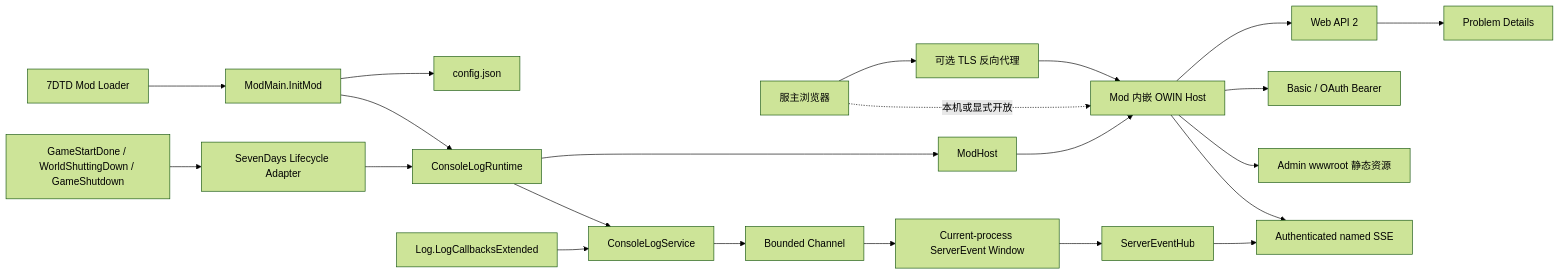
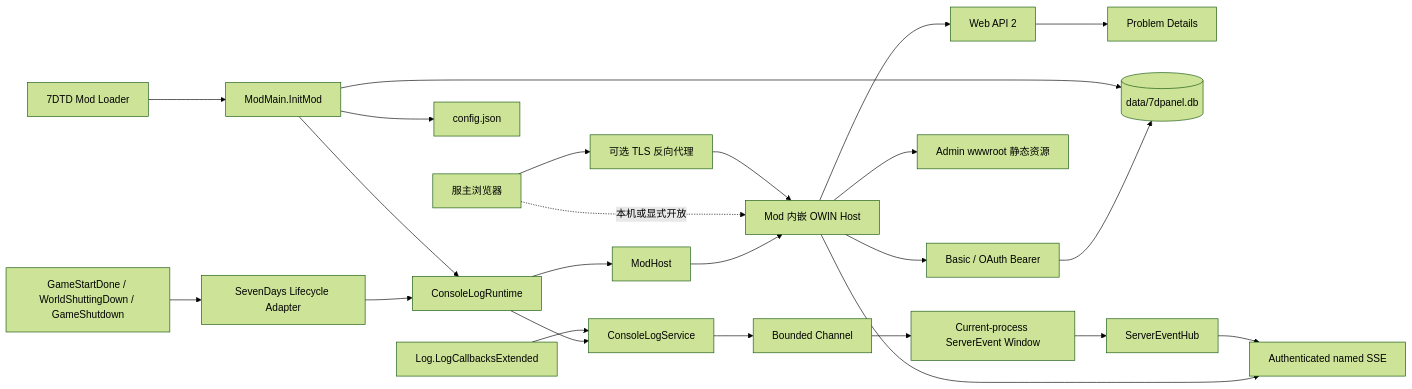
The diagram in docs/architecture.md (IceCoffee1024/7dpanel-legacy), drawn with Mermaid (forest theme) before and after one commit. The commit also changed other lines of this file and 41 other files, not shown here.

````diff
--- a/docs/architecture.md
+++ b/docs/architecture.md
@@ -20,24 +20,26 @@
 ```mermaid
 flowchart LR
     Browser[服主浏览器] --> Proxy[可选 TLS 反向代理]
     Proxy --> Host[Mod 内嵌 OWIN Host]
     Browser -. 本机或显式开放 .-> Host
     Host --> Api[Web API 2]
     Host --> Auth[Basic / OAuth Bearer]
     Api --> Problem[Problem Details]
     Host --> Static[Admin wwwroot 静态资源]
     ModLoader[7DTD Mod Loader] --> Bootstrap[ModMain.InitMod]
     Bootstrap --> Config[config.json]
+    Bootstrap --> Database[(data/7dpanel.db)]
     Bootstrap --> Runtime[ConsoleLogRuntime]
     Runtime --> ModHost
     ModHost --> Host
     GameEvents[GameStartDone / WorldShuttingDown / GameShutdown] --> Lifecycle[SevenDays Lifecycle Adapter]
     Lifecycle --> Runtime
     GameLogs[Log.LogCallbacksExtended] --> LogService[ConsoleLogService]
     LogService --> LogQueue[Bounded Channel]
     LogQueue --> EventWindow[Current-process ServerEvent Window]
     EventWindow --> EventHub[ServerEventHub]
     EventHub --> Sse[Authenticated named SSE]
     Host --> Sse
+    Auth --> Database
     Runtime --> LogService
 ```
````
